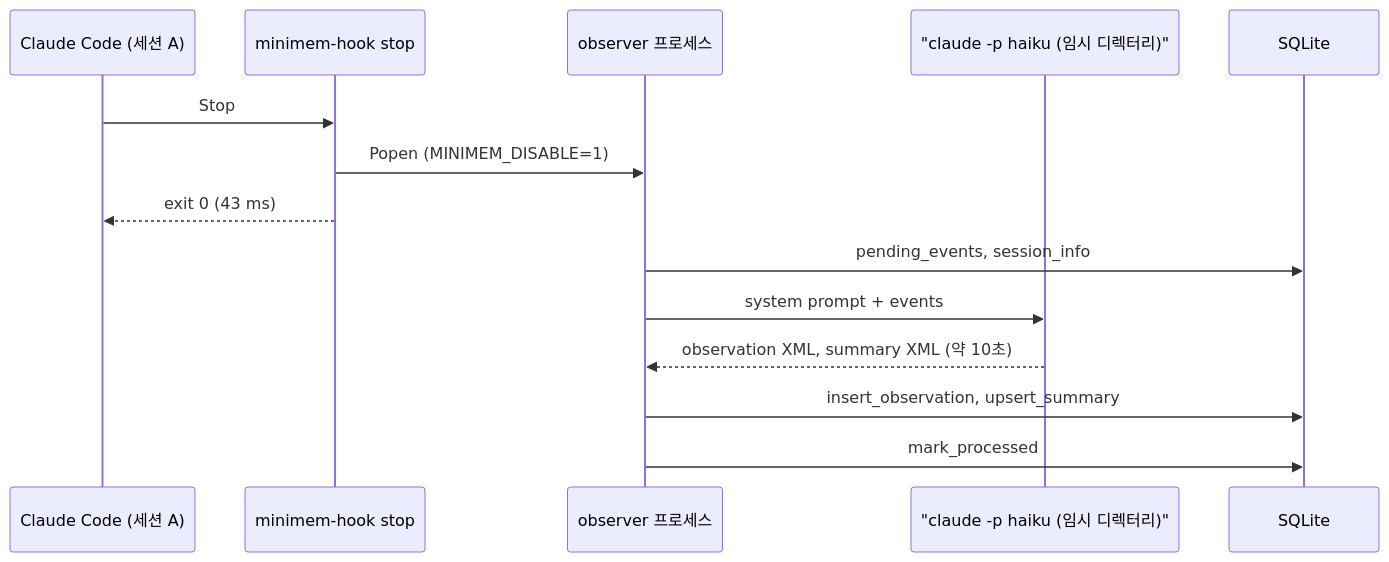
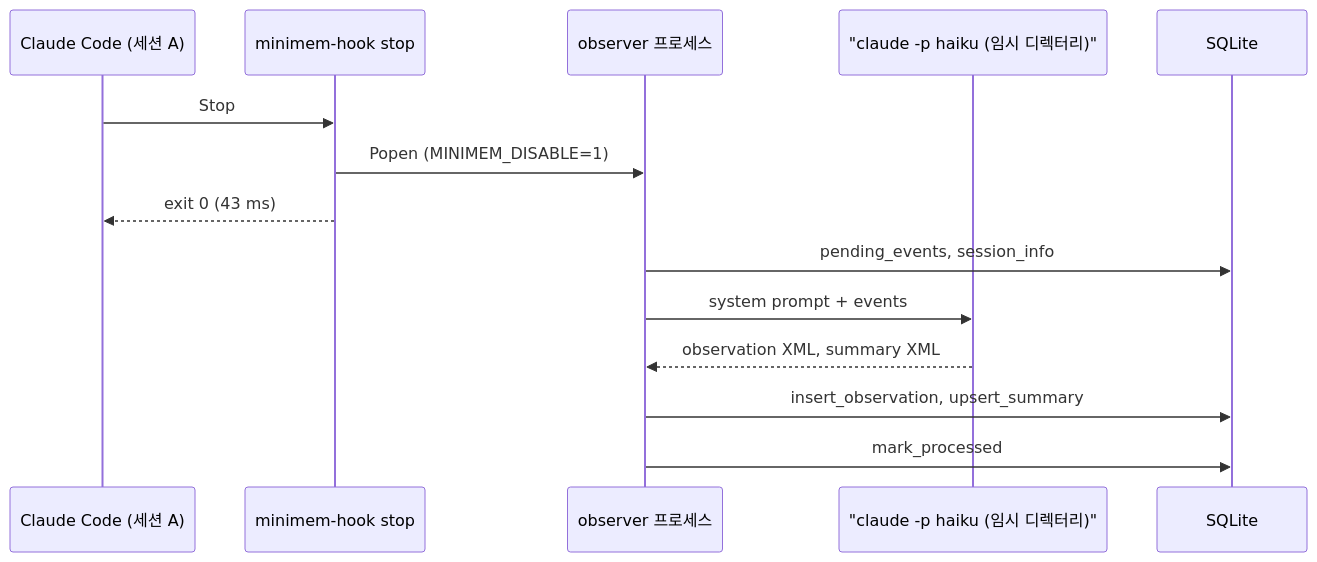
One commit to choisungwook/portfolio changed the diagram in computer_science/ai/claude-mem-agent-memory/docs/3-observer.md. Above: the diagram before and after it, drawn with Mermaid. The commit also changed other lines of this file and 23 other files, not shown here.

````diff
--- a/computer_science/ai/claude-mem-agent-memory/docs/3-observer.md
+++ b/computer_science/ai/claude-mem-agent-memory/docs/3-observer.md
@@ -84,16 +75,16 @@
 ```mermaid
 sequenceDiagram
   participant CC as Claude Code (세션 A)
   participant H as minimem-hook stop
   participant O as observer 프로세스
   participant L as "claude -p haiku (임시 디렉터리)"
   participant DB as SQLite
   CC->>H: Stop
   H->>O: Popen (MINIMEM_DISABLE=1)
   H-->>CC: exit 0 (43 ms)
   O->>DB: pending_events, session_info
   O->>L: system prompt + events
-  L-->>O: observation XML, summary XML (약 10초)
+  L-->>O: observation XML, summary XML
   O->>DB: insert_observation, upsert_summary
   O->>DB: mark_processed
 ```
````
